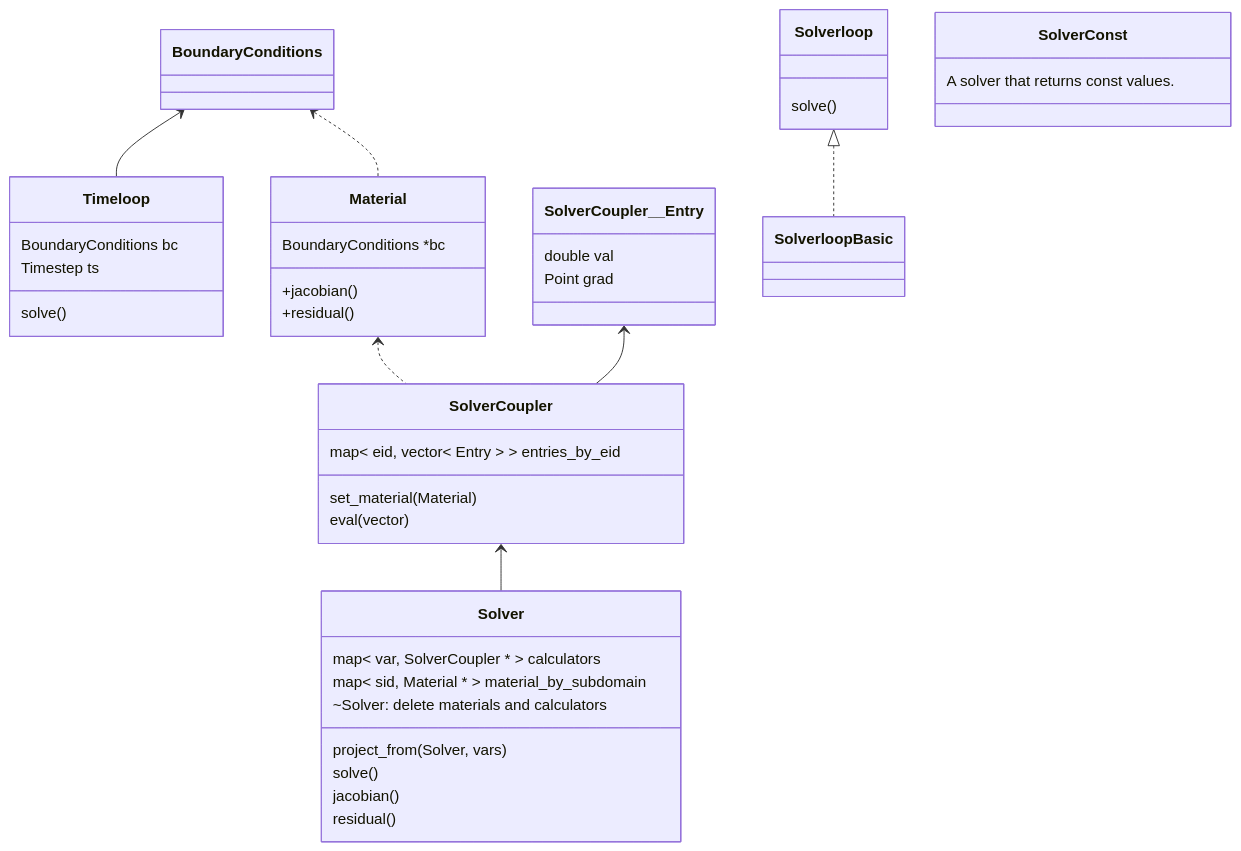
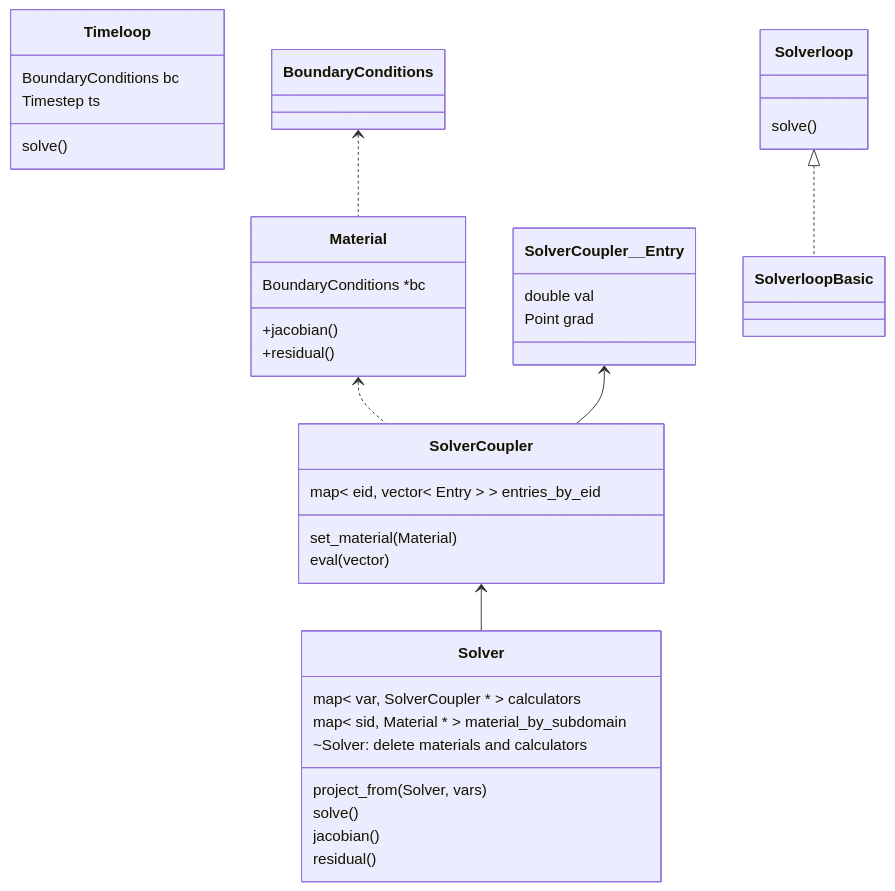
The first of 2 diagrams in doc/Description.md (rebpoli/harpy), drawn with Mermaid before and after one commit. The commit also changed other lines of this file, not shown here.

````diff
--- a/doc/Description.md
+++ b/doc/Description.md
@@ -20,49 +20,47 @@
 ```mermaid
 %% Interfaces
 classDiagram
     class Timeloop { 
         BoundaryConditions bc
         Timestep ts
         solve()
     }
-    BoundaryConditions <-- Timeloop
 
     class Solverloop {
         solve()
     }
 
     class Solver {
         map< var, SolverCoupler * > calculators
         map< sid, Material * > material_by_subdomain
         ~Solver: delete materials and calculators
         project_from(Solver, vars)
         solve()
         jacobian()
         residual()
     }
-    class SolverConst { A solver that returns const values.  }
 
 
     class Material {
         BoundaryConditions *bc
         +jacobian()
         +residual()
     }
     BoundaryConditions <.. Material
 
     %% An entry of the coupler - a subclass
     class SolverCoupler__Entry { 
         double val
         Point grad 
     }
     class SolverCoupler {
         map< eid, vector< Entry > > entries_by_eid
         set_material( Material )
         eval( vector<Point> )
     }
     Material <.. SolverCoupler
     SolverCoupler__Entry <-- SolverCoupler
     Solverloop <|.. SolverloopBasic
     SolverCoupler <-- Solver
 
 ```
````
